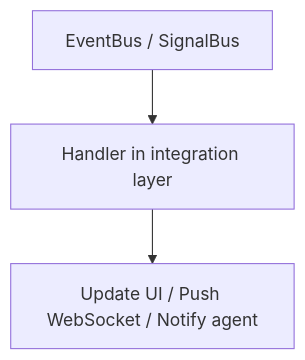
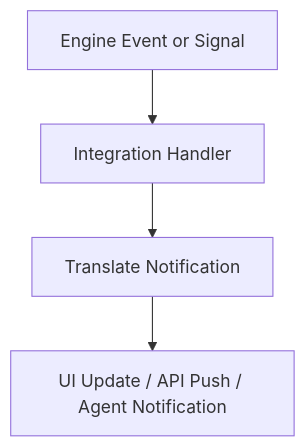
One commit to Unique-Digital-Resources/AppShell changed the third of 5 diagrams in md_docs/app_engine_docs/10-application-integration.md. Above: the diagram before and after it, drawn with Mermaid. The commit also changed other lines of this file and 34 other files, not shown here.

````diff
--- a/md_docs/app_engine_docs/10-application-integration.md
+++ b/md_docs/app_engine_docs/10-application-integration.md
@@ -36,5 +71,6 @@
 ```mermaid
 flowchart TD
-    A["EventBus / SignalBus"] --> B["Handler in integration layer"]
-    B --> C["Update UI / Push WebSocket / Notify agent"]
+    A["Engine Event or Signal"] --> B["Integration Handler"]
+    B --> C["Translate Notification"]
+    C --> D["UI Update / API Push / Agent Notification"]
 ```
````
